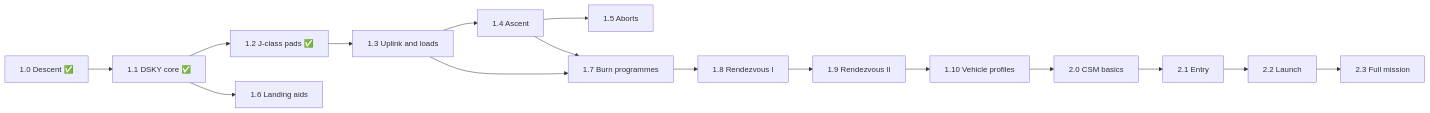
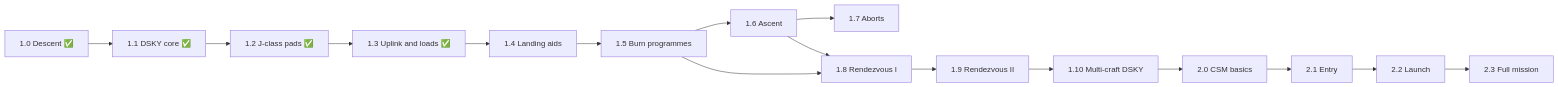
One commit to EclipticPoyo/apollo-lm-guidance-kos changed the diagram in ROADMAP.md. Above: the diagram before and after it, drawn with Mermaid. The commit also changed other lines of this file and 49 other files, not shown here.

First line of the commit message:
1.3: uplink and loads

````diff
--- a/ROADMAP.md
+++ b/ROADMAP.md
@@ -36,18 +36,18 @@
 ```mermaid
 flowchart LR
     v10["1.0 Descent ✅"] --> v11["1.1 DSKY core ✅"]
     v11 --> v12["1.2 J-class pads ✅"]
-    v12 --> v13["1.3 Uplink and loads"]
-    v13 --> v14["1.4 Ascent"]
-    v14 --> v15["1.5 Aborts"]
-    v14 --> v17["1.7 Burn programmes"]
-    v13 --> v17
-    v17 --> v18["1.8 Rendezvous I"]
+    v12 --> v13["1.3 Uplink and loads ✅"]
+    v13 --> v14["1.4 Landing aids"]
+    v14 --> v15["1.5 Burn programmes"]
+    v15 --> v16["1.6 Ascent"]
+    v16 --> v17["1.7 Aborts"]
+    v15 --> v18["1.8 Rendezvous I"]
+    v16 --> v18
     v18 --> v19["1.9 Rendezvous II"]
-    v11 --> v16["1.6 Landing aids"]
-    v19 --> v110["1.10 Vehicle profiles"]
+    v19 --> v110["1.10 Multi-craft DSKY"]
     v110 --> v20["2.0 CSM basics"]
     v20 --> v21["2.1 Entry"]
     v21 --> v22["2.2 Launch"]
     v22 --> v23["2.3 Full mission"]
 ```
````
